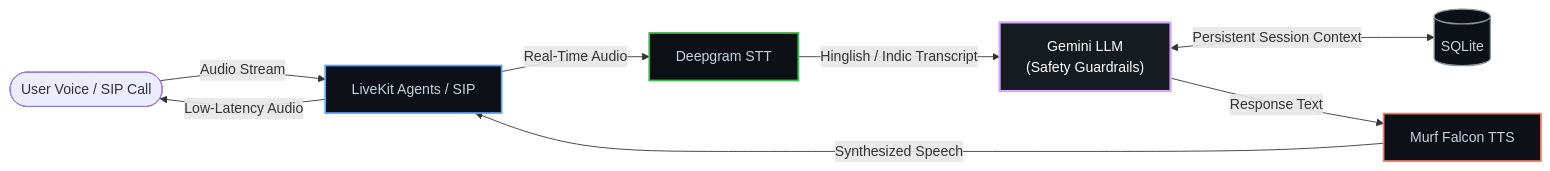
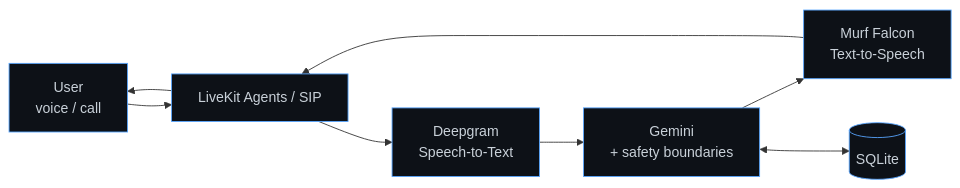
Before and after one commit to kunalchwdry/kunalchwdry: the eighth of 11 diagrams in README.md, drawn with Mermaid. The commit also changed other lines of this file, not shown here.

````diff
--- a/README.md
+++ b/README.md
@@ -450,16 +379,13 @@
 ```mermaid
 flowchart LR
-    U(["User Voice / SIP Call"]) -->|Audio Stream| LK["LiveKit Agents / SIP"]
-    LK -->|Real-Time Audio| DG["Deepgram STT"]
-    DG -->|"Hinglish / Indic Transcript"| GM["Gemini LLM<br/>(Safety Guardrails)"]
-    GM <-->|Persistent Session Context| DB[("SQLite")]
-    GM -->|"Response Text"| MF["Murf Falcon TTS"]
-    MF -->|Synthesized Speech| LK
-    LK -->|Low-Latency Audio| U
+    U["User<br/>voice / call"] --> LK["LiveKit Agents / SIP"]
+    LK --> STT["Deepgram<br/>Speech-to-Text"]
+    STT --> LLM["Gemini<br/>+ safety boundaries"]
+    LLM --> TTS["Murf Falcon<br/>Text-to-Speech"]
+    TTS --> LK
+    LK --> U
+    LLM <--> DB[("SQLite")]
 
-    style LK fill:#0D1117,stroke:#58A6FF,stroke-width:2px,color:#C9D1D9
-    style DG fill:#0D1117,stroke:#3FB950,stroke-width:2px,color:#C9D1D9
-    style GM fill:#161B22,stroke:#D2A8FF,stroke-width:2.5px,color:#FFFFFF
-    style MF fill:#0D1117,stroke:#F78166,stroke-width:2px,color:#C9D1D9
-    style DB fill:#0D1117,stroke:#8B949E,stroke-width:1.5px,color:#C9D1D9
+    classDef n fill:#0d1117,stroke:#58a6ff,color:#c9d1d9;
+    class U,LK,STT,LLM,TTS,DB n;
 ```
````
